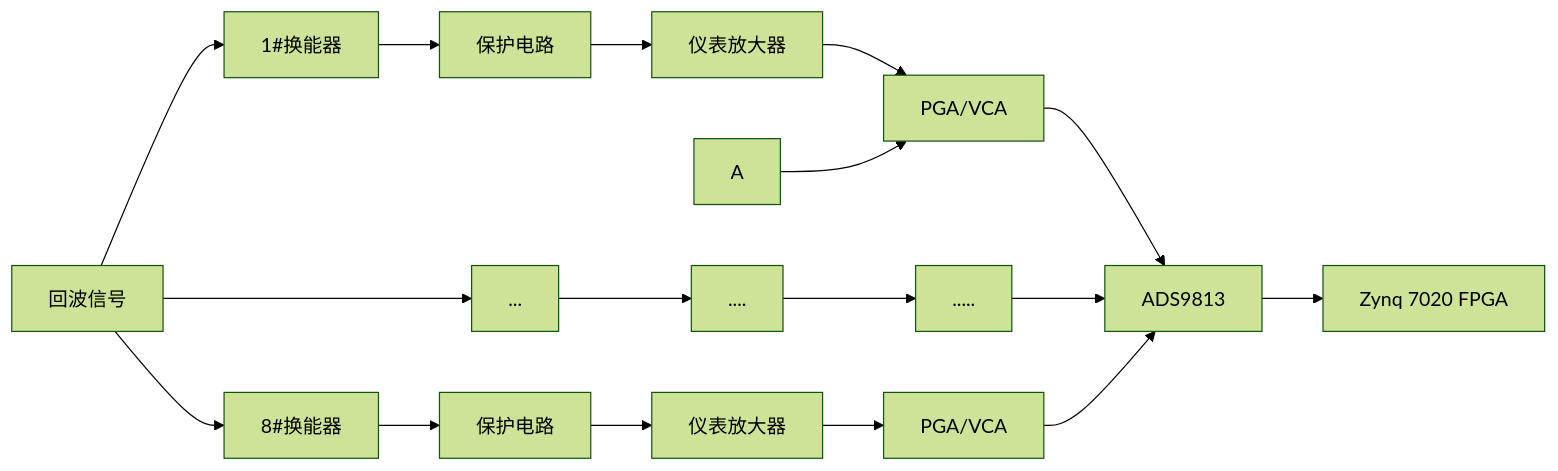
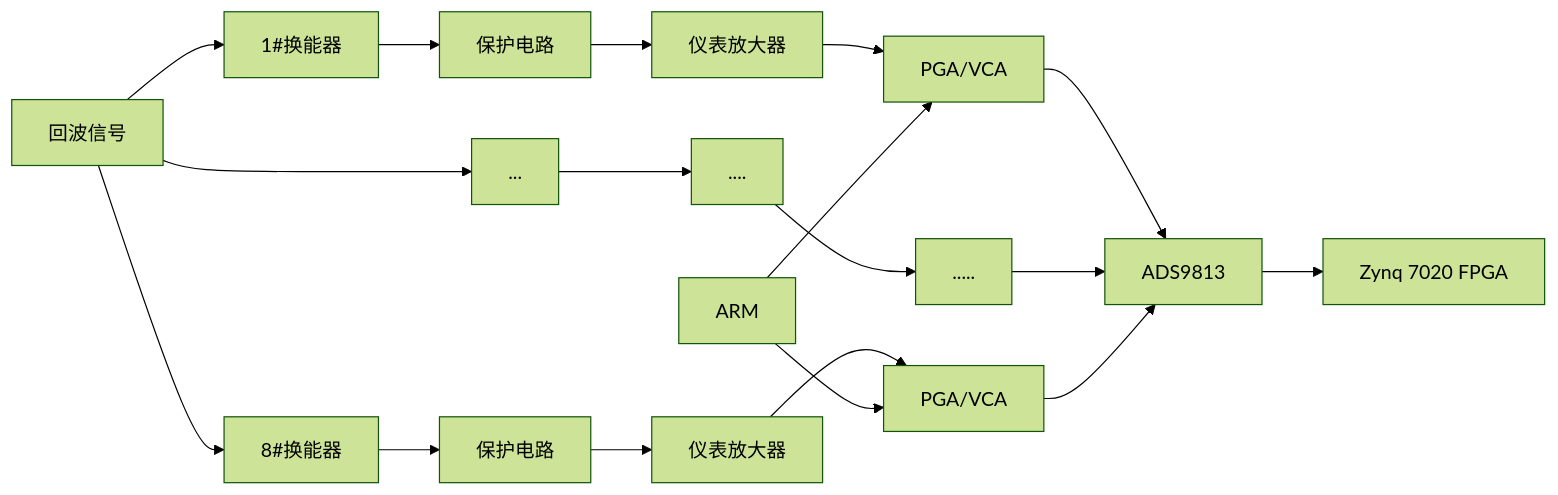
Before and after one commit to Rukawa15/iodraw-files: the diagram in all/同步采集.md, drawn with Mermaid (forest theme).

Commit message:
2025-06-19 14:33:50 update

````diff
--- a/all/同步采集.md
+++ b/all/同步采集.md
@@ -1,25 +1,26 @@
 ```mermaid
 graph LR
 A[回波信号]
 A --> B1[1#换能器]
 A --> ...
 A --> B8[8#换能器]
 
 B1 --> C1[保护电路]
 B8 --> C8[保护电路]
 
 C1 --> D1[仪表放大器]
 C8 --> D8[仪表放大器]
 
 D1 --> E1[PGA/VCA]
 D8 --> E8[PGA/VCA]
 
 E1 --> F[ADS9813]
 ... --> .... --> ..... --> F
 E8 --> F[ADS9813] 
 
 F --> G[Zynq 7020 FPGA]
 
 H[ARM] --> E1
-H[A]
+
+H[ARM] --> E8
 ```
````
